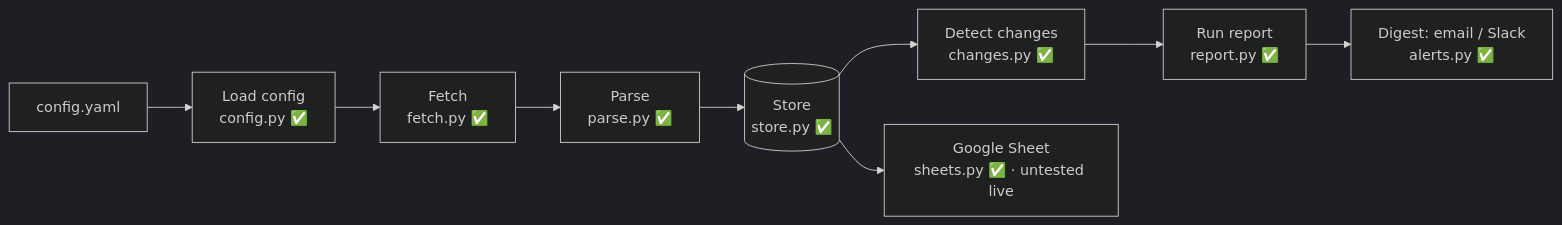
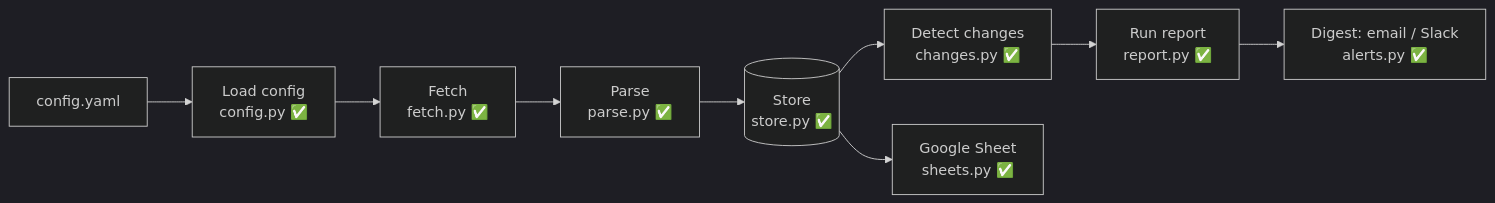
One commit to yahani/kestrel changed the first of 10 diagrams in ARCHITECTURE.md. Above: the diagram before and after it, drawn with Mermaid (dark theme). The commit also changed other lines of this file and 1 other file, not shown here.

Commit message:
Record real Google Sheets export check: Latest matches the database (F9)

````diff
--- a/ARCHITECTURE.md
+++ b/ARCHITECTURE.md
@@ -20,11 +20,11 @@
 ```mermaid
 flowchart LR
     cfg[config.yaml] --> load["Load config<br/>config.py ✅"]
     load --> fetch["Fetch<br/>fetch.py ✅"]
     fetch --> parse["Parse<br/>parse.py ✅"]
     parse --> store[("Store<br/>store.py ✅")]
     store --> detect["Detect changes<br/>changes.py ✅"]
     detect --> report["Run report<br/>report.py ✅"]
     report --> alert["Digest: email / Slack<br/>alerts.py ✅"]
-    store --> sheets["Google Sheet<br/>sheets.py ✅ · untested live"]
+    store --> sheets["Google Sheet<br/>sheets.py ✅"]
 ```
````
